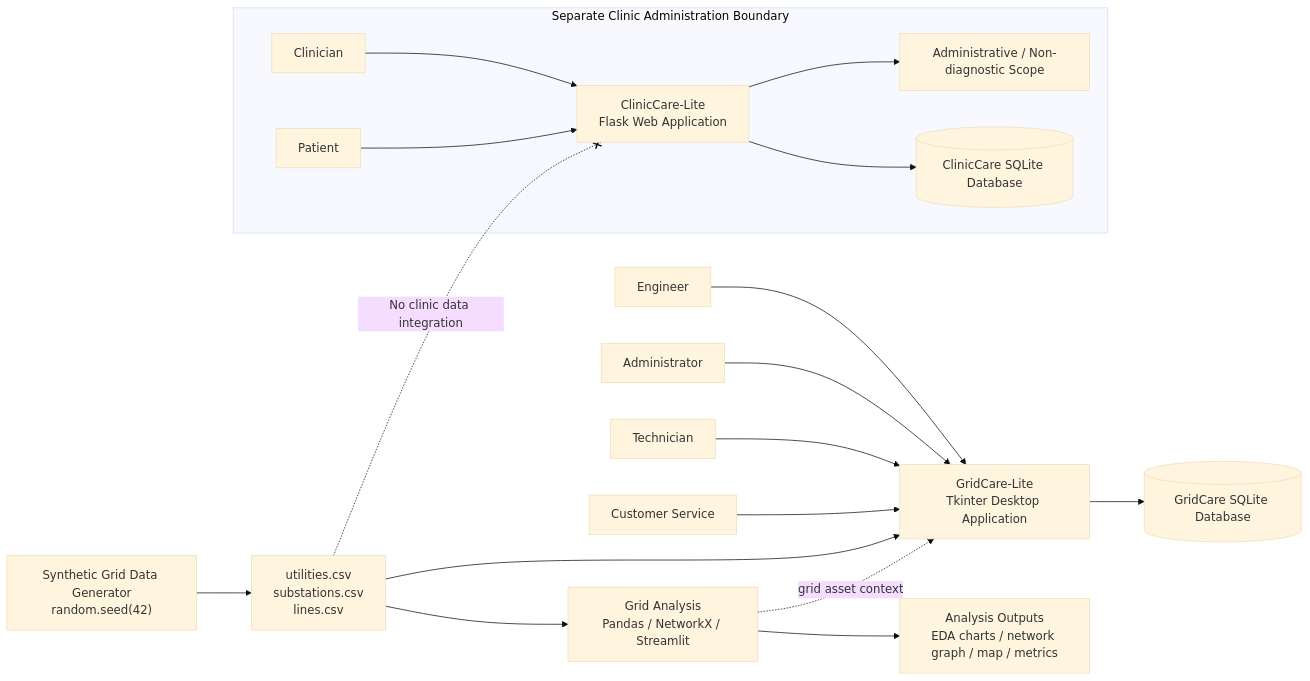
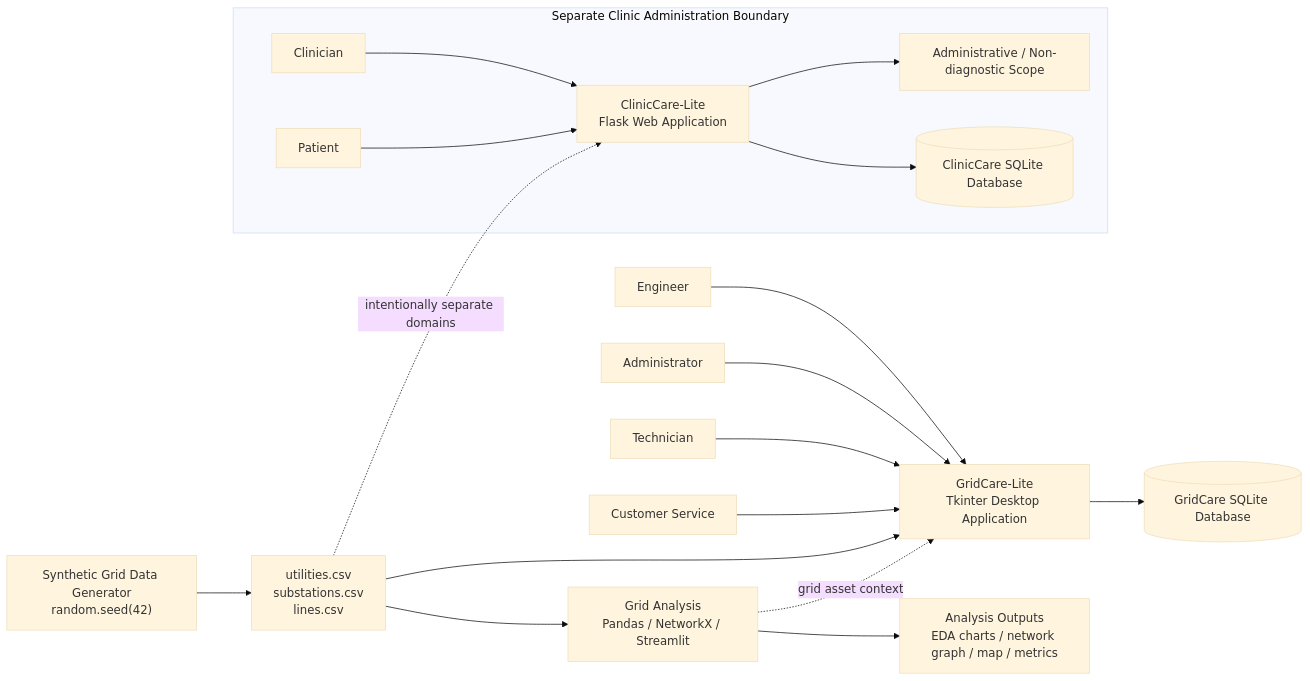
Before and after one commit to KSarf/cs112_integrated_final_project: the diagram in docs/diagrams/overall-architecture.md, drawn with Mermaid (base theme). The commit also changed other lines of this file, not shown here.

Commit message:
Clarify architecture diagram scope boundary

````diff
--- a/docs/diagrams/overall-architecture.md
+++ b/docs/diagrams/overall-architecture.md
@@ -5,24 +5,24 @@
 ```mermaid
 flowchart LR
     GEN["Synthetic Grid Data Generator\nrandom.seed(42)"] --> DATA["utilities.csv\nsubstations.csv\nlines.csv"]
 
     DATA --> GA["Grid Analysis\nPandas / NetworkX / Streamlit"]
     GA --> OUT["Analysis Outputs\nEDA charts / network graph / map / metrics"]
     DATA --> GC["GridCare-Lite\nTkinter Desktop Application"]
     GA -. "grid asset context" .-> GC
     GC --> GCDB[("GridCare SQLite Database")]
 
     ENG[Engineer] --> GC
     ADM[Administrator] --> GC
     TECH[Technician] --> GC
     CSR[Customer Service] --> GC
 
     subgraph CLINIC["Separate Clinic Administration Boundary"]
         CC["ClinicCare-Lite\nFlask Web Application"] --> CCDB[("ClinicCare SQLite Database")]
         CLIN[Clinician] --> CC
         PAT[Patient] --> CC
         CC --> SAFE["Administrative / Non-diagnostic Scope"]
     end
 
-    DATA -. "No clinic data integration" .-x CC
+    DATA -. "intentionally separate domains" .-> CC
 ```
````
